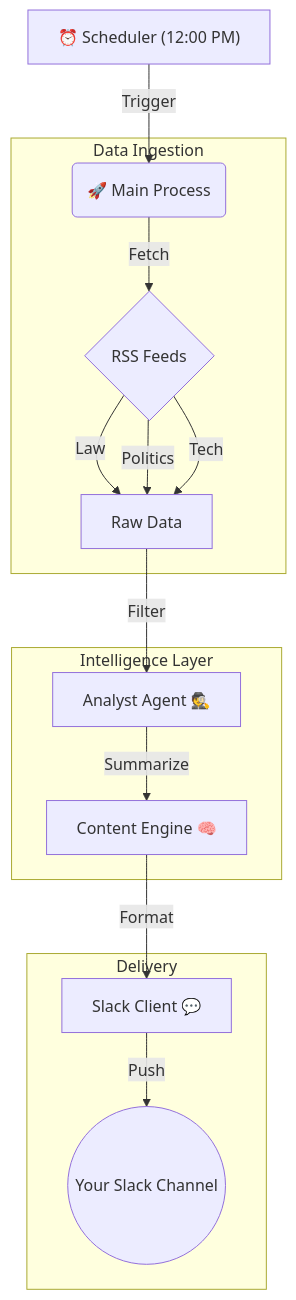
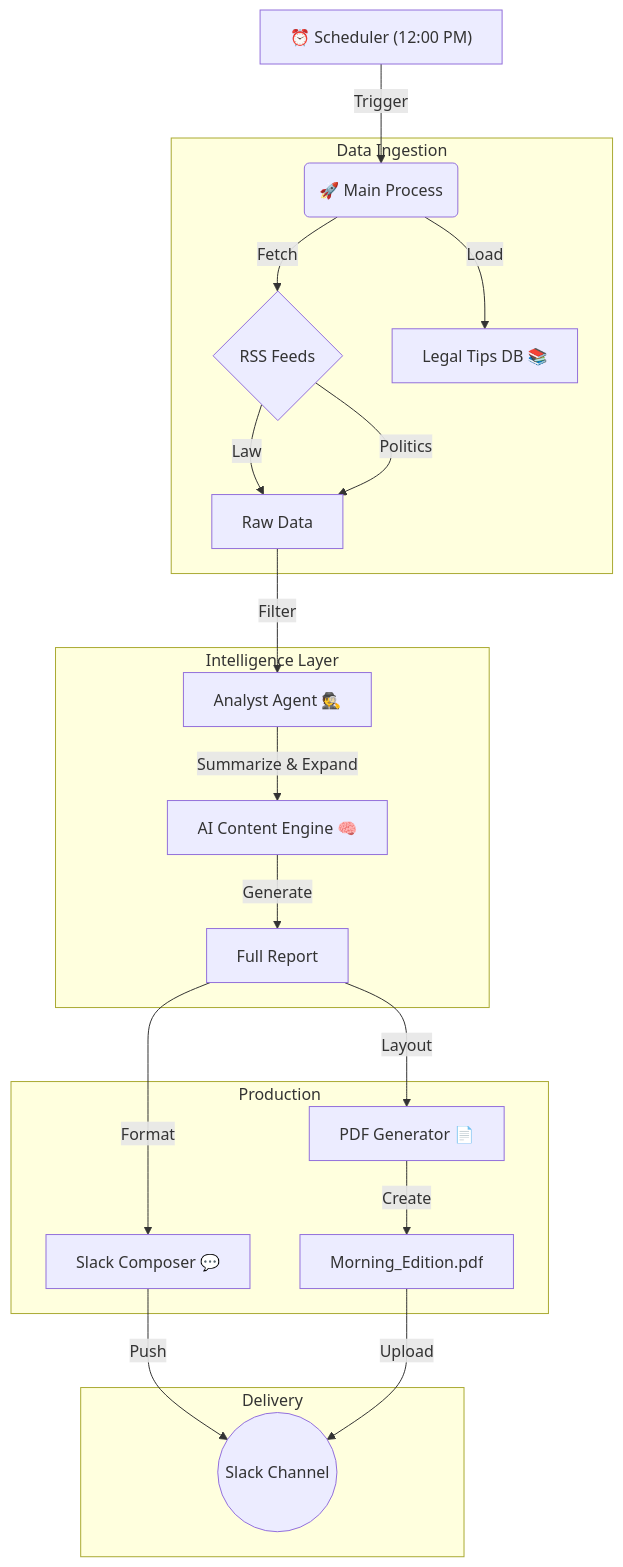
Before and after one commit to Anas-Rehman/Automated-Daily-Digest: the diagram in README.md, drawn with Mermaid. The commit also changed other lines of this file, not shown here.

Commit message:
docs: update README with PDF feature and architecture

````diff
--- a/README.md
+++ b/README.md
@@ -39,18 +41,28 @@
 ```mermaid
 graph TD
     A["⏰ Scheduler (12:00 PM)"] -->|Trigger| B("🚀 Main Process")
+    
     subgraph "Data Ingestion"
         B -->|Fetch| C{"RSS Feeds"}
+        B -->|Load| L["Legal Tips DB 📚"]
         C -->|Law| D["Raw Data"]
         C -->|Politics| D
-        C -->|Tech| D
     end
+    
     subgraph "Intelligence Layer"
         D -->|Filter| E["Analyst Agent 🕵️"]
-        E -->|Summarize| F["Content Engine 🧠"]
+        E -->|Summarize & Expand| F["AI Content Engine 🧠"]
+        F -->|Generate| G["Full Report"]
     end
+    
+    subgraph "Production"
+        G -->|Layout| P["PDF Generator 📄"]
+        P -->|Create| PDF["Morning_Edition.pdf"]
+        G -->|Format| S["Slack Composer 💬"]
+    end
+    
     subgraph "Delivery"
-        F -->|Format| H["Slack Client 💬"]
-        H -->|Push| I(("Your Slack Channel"))
+        S -->|Push| Slack(("Slack Channel"))
+        PDF -->|Upload| Slack
     end
 ```
````
